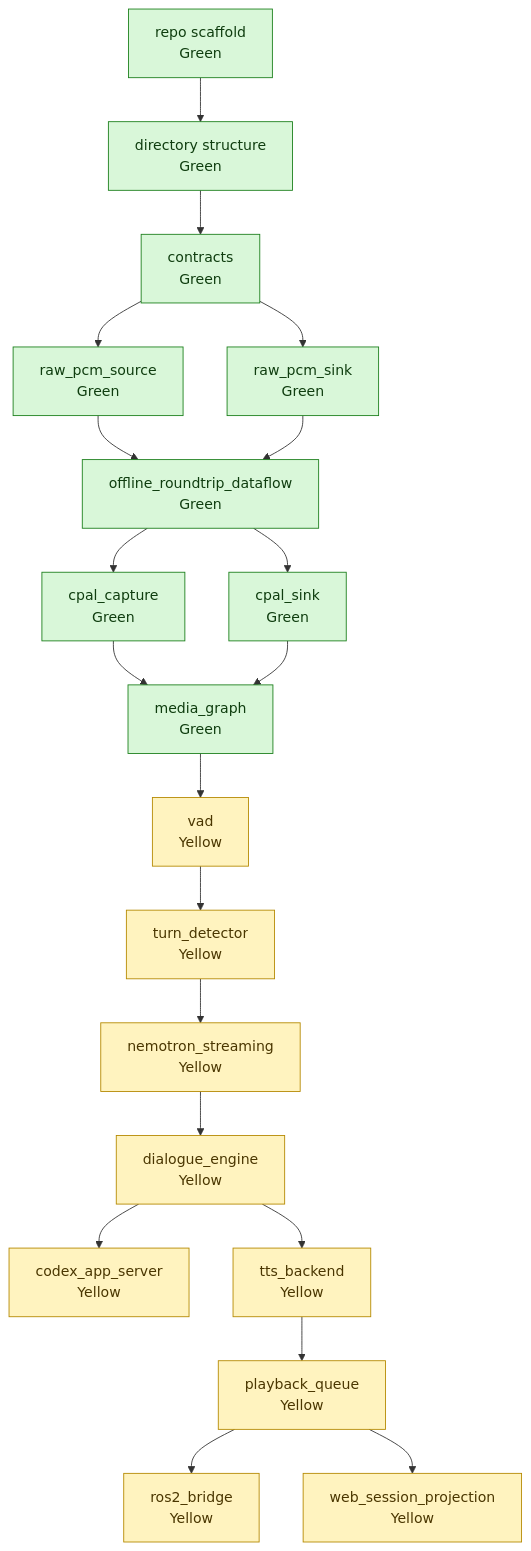
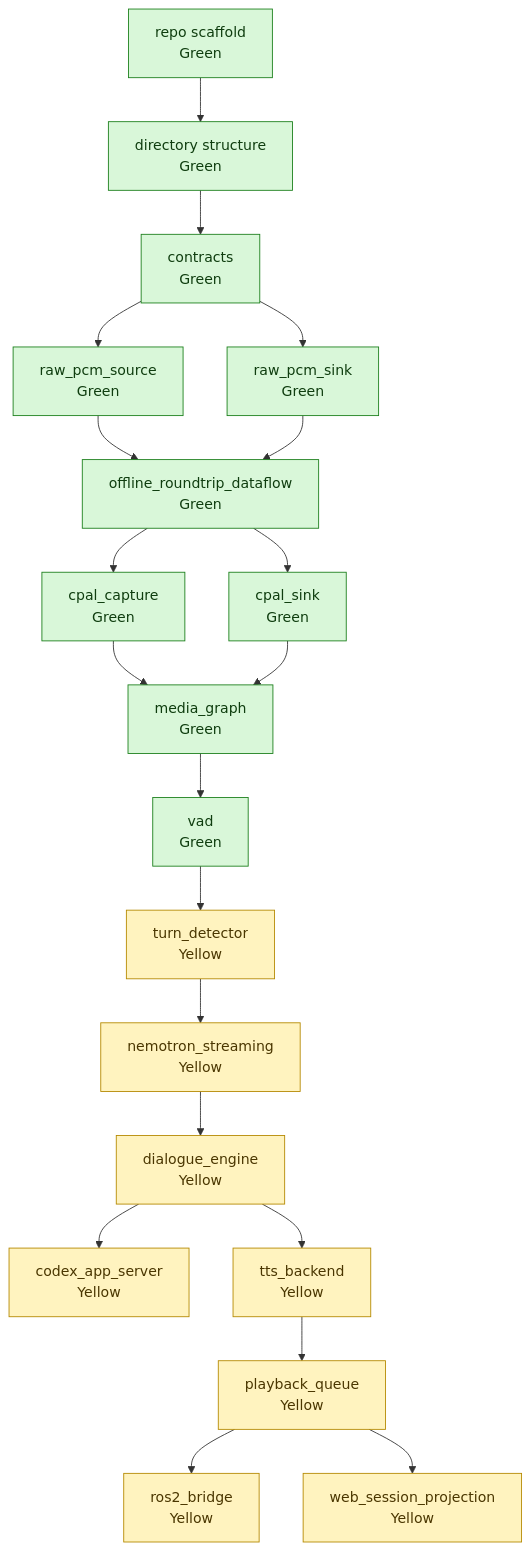
Before and after one commit to Escenda/fluent-audio: the diagram in docs/architecture/build-plan.md, drawn with Mermaid. The commit also changed other lines of this file and 13 other files, not shown here.

````diff
--- a/docs/architecture/build-plan.md
+++ b/docs/architecture/build-plan.md
@@ -15,47 +15,47 @@
 ```mermaid
 flowchart TD
     repo_scaffold["repo scaffold<br>Green"]
     directory_structure["directory structure<br>Green"]
     contracts["contracts<br>Green"]
     raw_pcm_source["raw_pcm_source<br>Green"]
     raw_pcm_sink["raw_pcm_sink<br>Green"]
     offline_roundtrip_dataflow["offline_roundtrip_dataflow<br>Green"]
     cpal_capture["cpal_capture<br>Green"]
     cpal_sink["cpal_sink<br>Green"]
     media_graph["media_graph<br>Green"]
-    vad["vad<br>Yellow"]
+    vad["vad<br>Green"]
     turn_detector["turn_detector<br>Yellow"]
     nemotron_streaming["nemotron_streaming<br>Yellow"]
     dialogue_engine["dialogue_engine<br>Yellow"]
     codex_app_server["codex_app_server<br>Yellow"]
     tts_backend["tts_backend<br>Yellow"]
     playback_queue["playback_queue<br>Yellow"]
     ros2_bridge["ros2_bridge<br>Yellow"]
     web_session_projection["web_session_projection<br>Yellow"]
 
     repo_scaffold --> directory_structure
     directory_structure --> contracts
     contracts --> raw_pcm_source
     contracts --> raw_pcm_sink
     raw_pcm_source --> offline_roundtrip_dataflow
     raw_pcm_sink --> offline_roundtrip_dataflow
     offline_roundtrip_dataflow --> cpal_capture
     offline_roundtrip_dataflow --> cpal_sink
     cpal_capture --> media_graph
     cpal_sink --> media_graph
     media_graph --> vad
     vad --> turn_detector
     turn_detector --> nemotron_streaming
     nemotron_streaming --> dialogue_engine
     dialogue_engine --> codex_app_server
     dialogue_engine --> tts_backend
     tts_backend --> playback_queue
     playback_queue --> ros2_bridge
     playback_queue --> web_session_projection
 
     classDef verified fill:#d9f7d9,stroke:#1b7f1b,color:#0f3d0f;
     classDef scaffold fill:#fff3bf,stroke:#b58900,color:#4a3600;
     classDef missing fill:#ffd6d6,stroke:#b00020,color:#4a0000;
-    class repo_scaffold,directory_structure,contracts,raw_pcm_source,raw_pcm_sink,offline_roundtrip_dataflow,cpal_capture,cpal_sink,media_graph verified;
-    class vad,turn_detector,nemotron_streaming,dialogue_engine,codex_app_server,tts_backend,playback_queue,ros2_bridge,web_session_projection scaffold;
+    class repo_scaffold,directory_structure,contracts,raw_pcm_source,raw_pcm_sink,offline_roundtrip_dataflow,cpal_capture,cpal_sink,media_graph,vad verified;
+    class turn_detector,nemotron_streaming,dialogue_engine,codex_app_server,tts_backend,playback_queue,ros2_bridge,web_session_projection scaffold;
 ```
````
